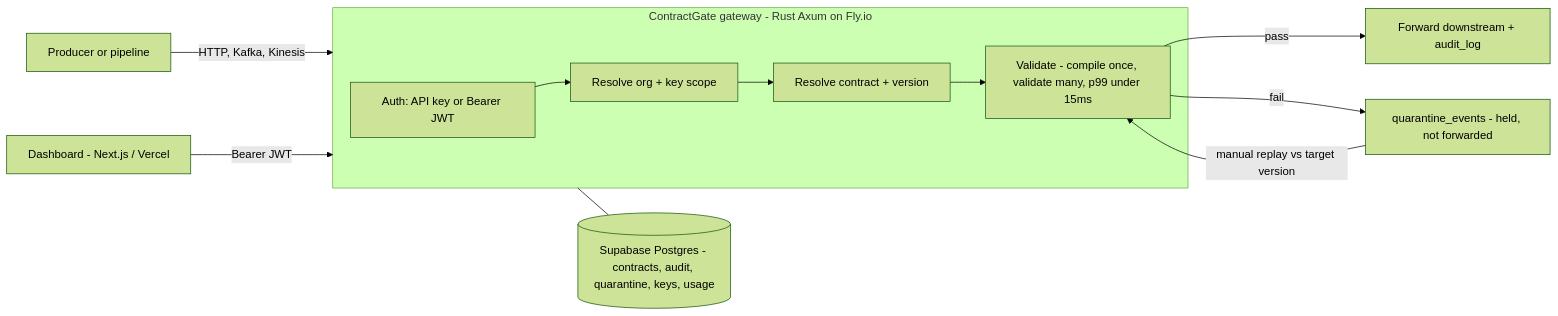
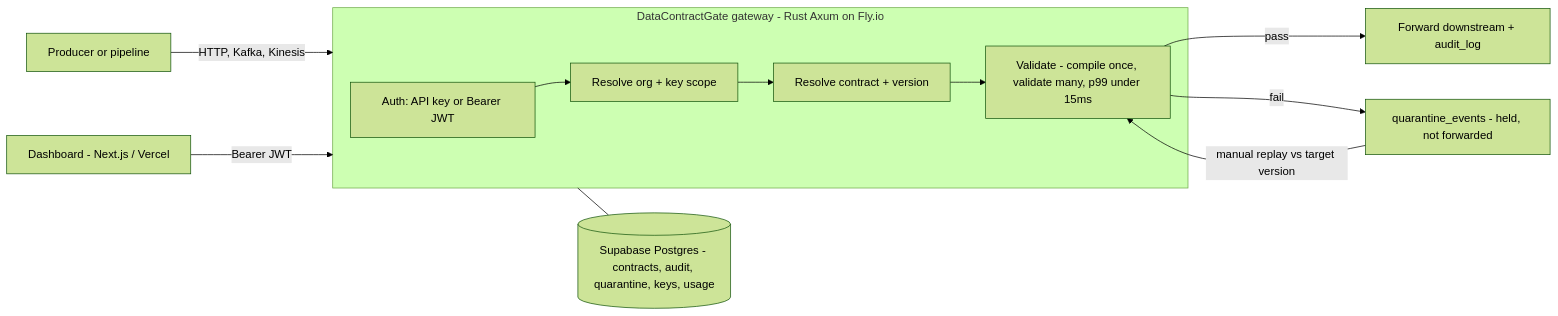
One commit to nightmoose/contractgate changed the diagram in docs/architecture-overview.md. Above: the diagram before and after it, drawn with Mermaid (forest theme). The commit also changed other lines of this file and 218 other files, not shown here.

First line of the commit message:
brand: DataContractGate in all product-facing text; name NightMoose, Inc. in legal pages

````diff
--- a/docs/architecture-overview.md
+++ b/docs/architecture-overview.md
@@ -11,17 +11,17 @@
 ```mermaid
 flowchart LR
     P[Producer or pipeline] -->|HTTP, Kafka, Kinesis| GW
 
-    subgraph GW[ContractGate gateway - Rust Axum on Fly.io]
+    subgraph GW[DataContractGate gateway - Rust Axum on Fly.io]
       A[Auth: API key or Bearer JWT] --> O[Resolve org + key scope]
       O --> C[Resolve contract + version]
       C --> V[Validate - compile once, validate many, p99 under 15ms]
     end
 
     V -->|pass| F[Forward downstream + audit_log]
     V -->|fail| Q[quarantine_events - held, not forwarded]
     Q -->|manual replay vs target version| V
 
     GW --- DB[(Supabase Postgres - contracts, audit, quarantine, keys, usage)]
     DASH[Dashboard - Next.js / Vercel] -->|Bearer JWT| GW
 ```
````
